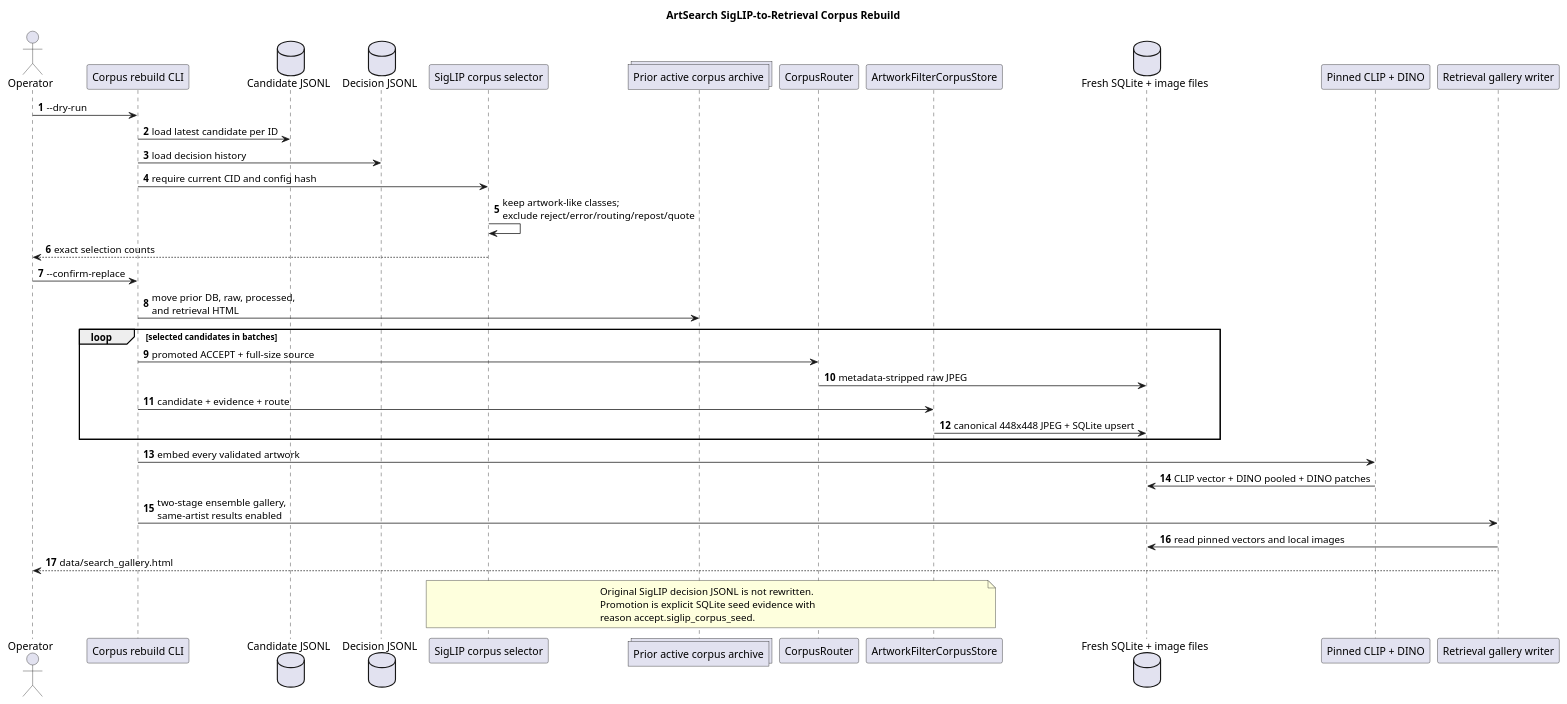
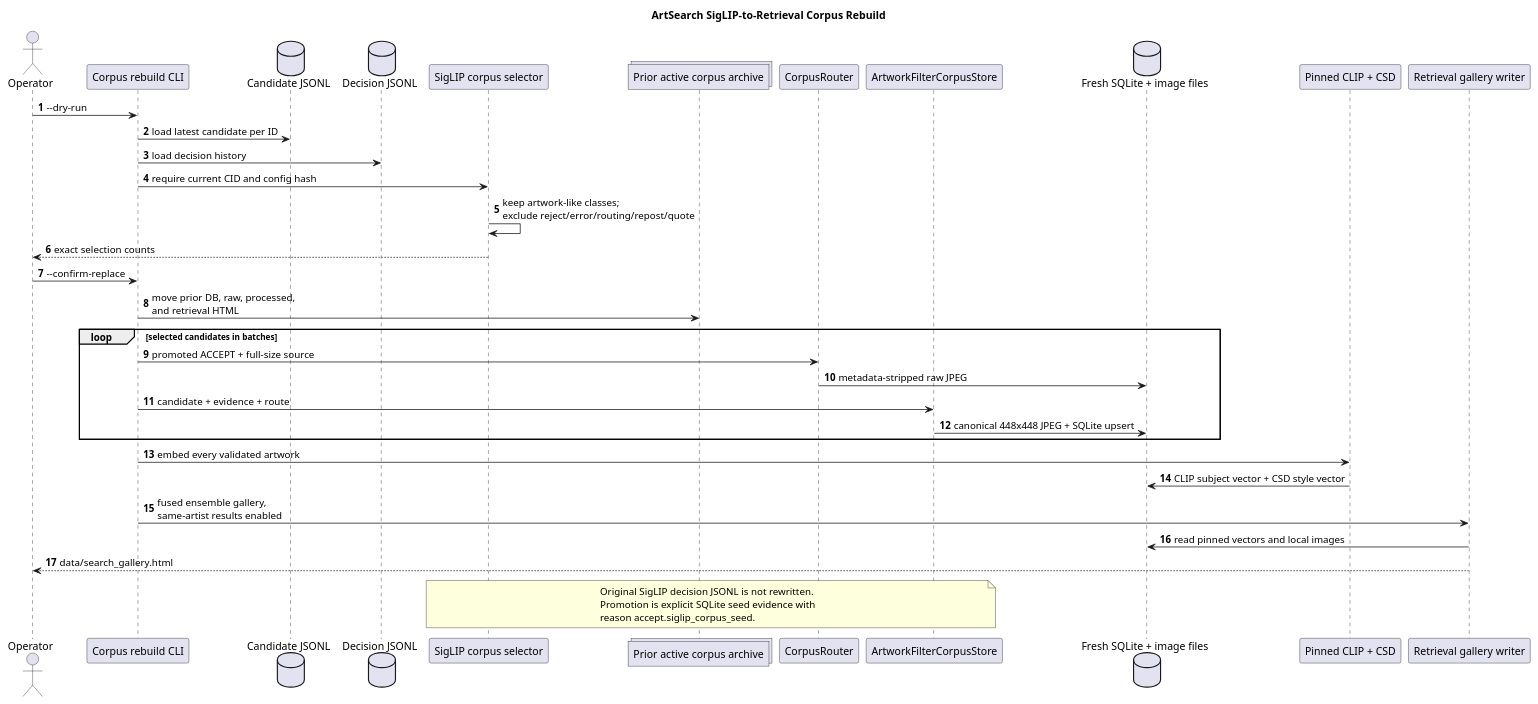
The fourth of 6 diagrams in docs/artsearch_architecture.puml (Alexander-IRML/aesthetic-search), drawn with PlantUML before and after one commit. The commit also changed other lines of this file and 181 other files, not shown here.

```diff
--- a/docs/artsearch_architecture.puml
+++ b/docs/artsearch_architecture.puml
@@ -356,49 +502,49 @@
 @startuml ArtSearch_SigLIP_To_Retrieval_Rebuild
 title ArtSearch SigLIP-to-Retrieval Corpus Rebuild
 
 skinparam backgroundColor #FFFFFF
 skinparam shadowing false
 skinparam defaultFontName SansSerif
 skinparam sequenceArrowThickness 1
 autonumber
 
 actor Operator
 participant "Corpus rebuild CLI" as CLI
 database "Candidate JSONL" as Candidates
 database "Decision JSONL" as Decisions
 participant "SigLIP corpus selector" as Selector
 collections "Prior active corpus archive" as Archive
 participant "CorpusRouter" as Router
 participant "ArtworkFilterCorpusStore" as Store
 database "Fresh SQLite + image files" as Corpus
-participant "Pinned CLIP + DINO" as HeavyML
+participant "Pinned CLIP + CSD" as HeavyML
 participant "Retrieval gallery writer" as Gallery
 
 Operator -> CLI : --dry-run
 CLI -> Candidates : load latest candidate per ID
 CLI -> Decisions : load decision history
 CLI -> Selector : require current CID and config hash
 Selector -> Selector : keep artwork-like classes;\nexclude reject/error/routing/repost/quote
 Selector --> Operator : exact selection counts
 
 Operator -> CLI : --confirm-replace
 CLI -> Archive : move prior DB, raw, processed,\nand retrieval HTML
 loop selected candidates in batches
   CLI -> Router : promoted ACCEPT + full-size source
   Router -> Corpus : metadata-stripped raw JPEG
   CLI -> Store : candidate + evidence + route
   Store -> Corpus : canonical 448x448 JPEG + SQLite upsert
 end
 CLI -> HeavyML : embed every validated artwork
-HeavyML -> Corpus : CLIP vector + DINO pooled + DINO patches
-CLI -> Gallery : two-stage ensemble gallery,\nsame-artist results enabled
+HeavyML -> Corpus : CLIP subject vector + CSD style vector
+CLI -> Gallery : fused ensemble gallery,\nsame-artist results enabled
 Gallery -> Corpus : read pinned vectors and local images
 Gallery --> Operator : data/search_gallery.html
 
 note over Selector,Store
   Original SigLIP decision JSONL is not rewritten.
   Promotion is explicit SQLite seed evidence with
   reason accept.siglip_corpus_seed.
 end note
 
 @enduml
```
